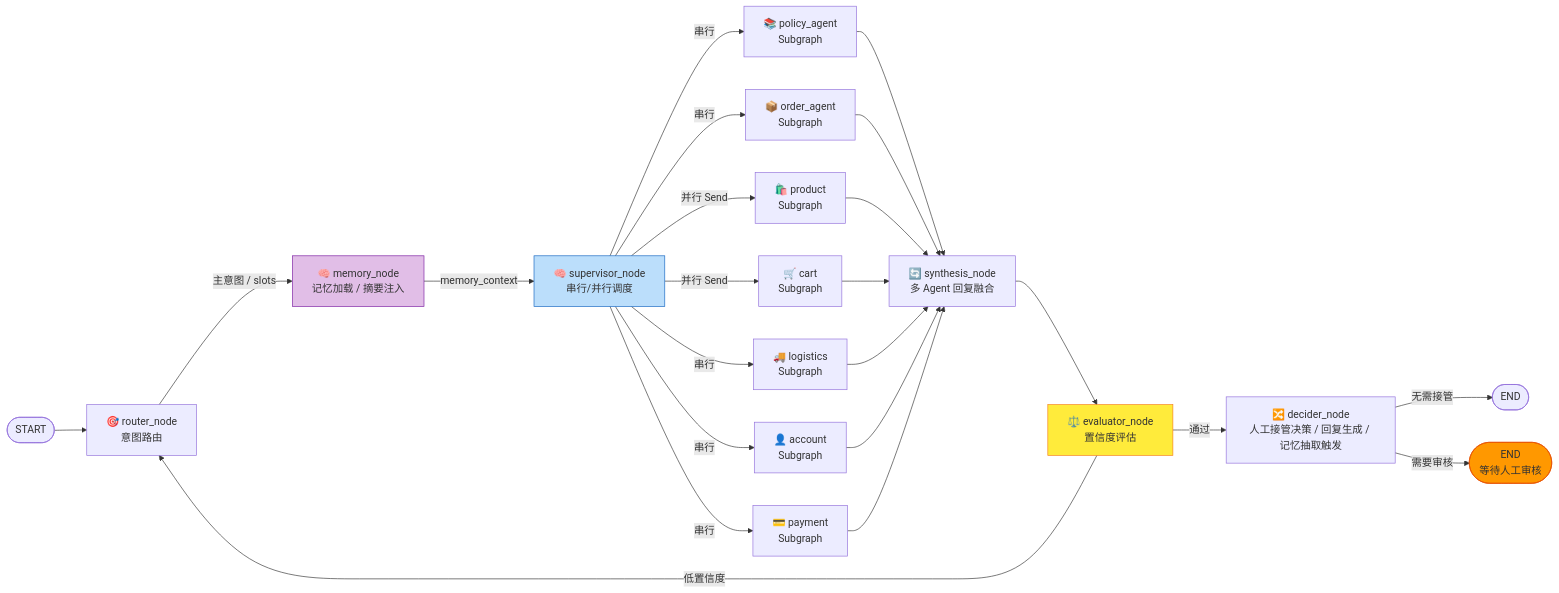
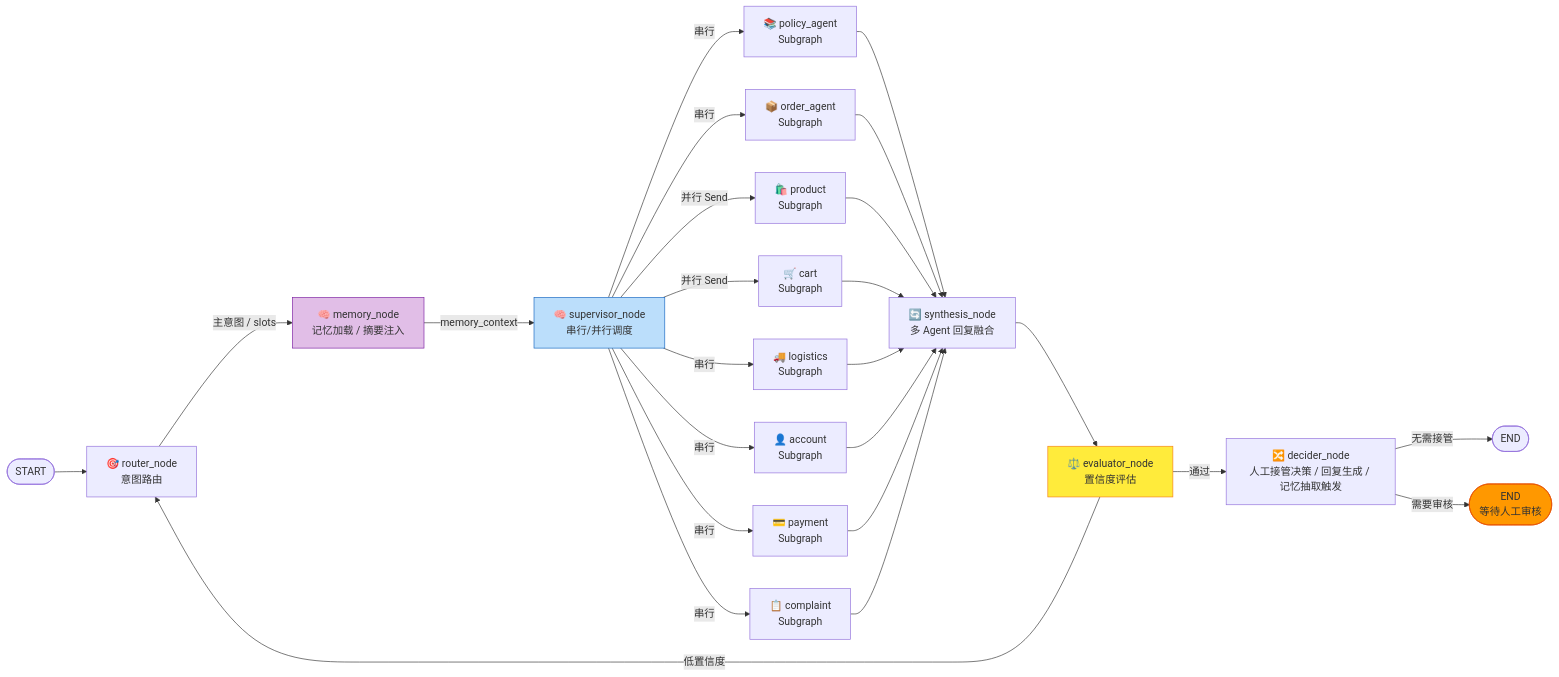
One commit to Mr-ZeLong/E-commerce-Smart-Agent changed the second of 14 diagrams in architecture.md. Above: the diagram before and after it, drawn with Mermaid. The commit also changed other lines of this file and 7 other files, not shown here.

First line of the commit message:
docs: align README, architecture, and env docs with actual codebase

````diff
--- a/architecture.md
+++ b/architecture.md
@@ -191,36 +212,38 @@
 ```mermaid
 flowchart LR
     START([START]) --> ROUTER["🎯 router_node\n意图路由"]
 
     ROUTER -->|"主意图 / slots"| MEMORY["🧠 memory_node\n记忆加载 / 摘要注入"]
 
     MEMORY -->|"memory_context"| SUPERVISOR["🧠 supervisor_node\n串行/并行调度"]
 
     SUPERVISOR -->|"串行"| POLICY["📚 policy_agent\nSubgraph"]
     SUPERVISOR -->|"串行"| ORDER["📦 order_agent\nSubgraph"]
     SUPERVISOR -->|"并行 Send"| PRODUCT["🛍️ product\nSubgraph"]
     SUPERVISOR -->|"并行 Send"| CART["🛒 cart\nSubgraph"]
     SUPERVISOR -->|"串行"| LOGISTICS["🚚 logistics\nSubgraph"]
     SUPERVISOR -->|"串行"| ACCOUNT["👤 account\nSubgraph"]
     SUPERVISOR -->|"串行"| PAYMENT["💳 payment\nSubgraph"]
+    SUPERVISOR -->|"串行"| COMPLAINT["📋 complaint\nSubgraph"]
 
     POLICY --> SYNTHESIS["🔄 synthesis_node\n多 Agent 回复融合"]
     ORDER --> SYNTHESIS
     PRODUCT --> SYNTHESIS
     CART --> SYNTHESIS
     LOGISTICS --> SYNTHESIS
     ACCOUNT --> SYNTHESIS
     PAYMENT --> SYNTHESIS
+    COMPLAINT --> SYNTHESIS
 
     SYNTHESIS --> EVAL["⚖️ evaluator_node\n置信度评估"]
     EVAL -->|"低置信度"| ROUTER
     EVAL -->|"通过"| DECIDER["🔀 decider_node\n人工接管决策 / 回复生成 / 记忆抽取触发"]
 
     DECIDER -->|"无需接管"| END_NORMAL([END])
     DECIDER -->|"需要审核"| END_AUDIT([END\n等待人工审核])
 
     style MEMORY fill:#e1bee7,stroke:#7b1fa2
     style SUPERVISOR fill:#bbdefb,stroke:#1565c0
     style EVAL fill:#ffeb3b,stroke:#f57f17
     style END_AUDIT fill:#ff9800,stroke:#e65100
 ```
````
